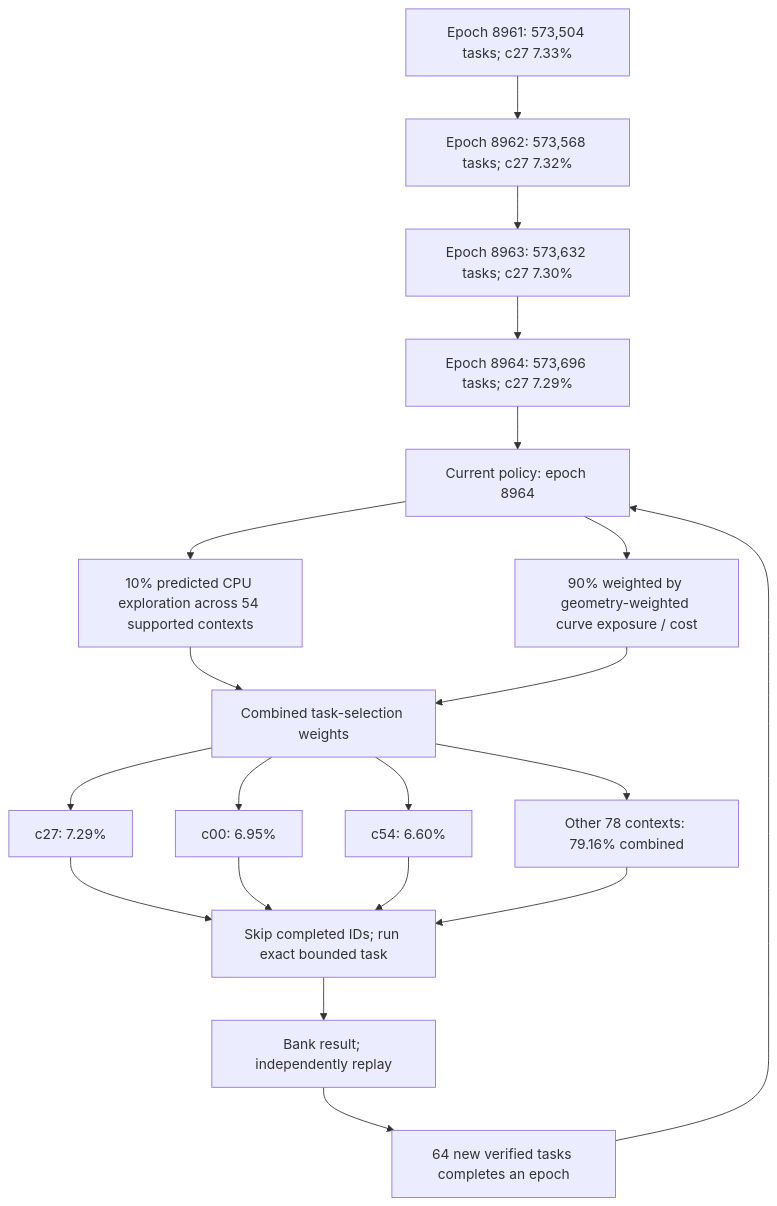
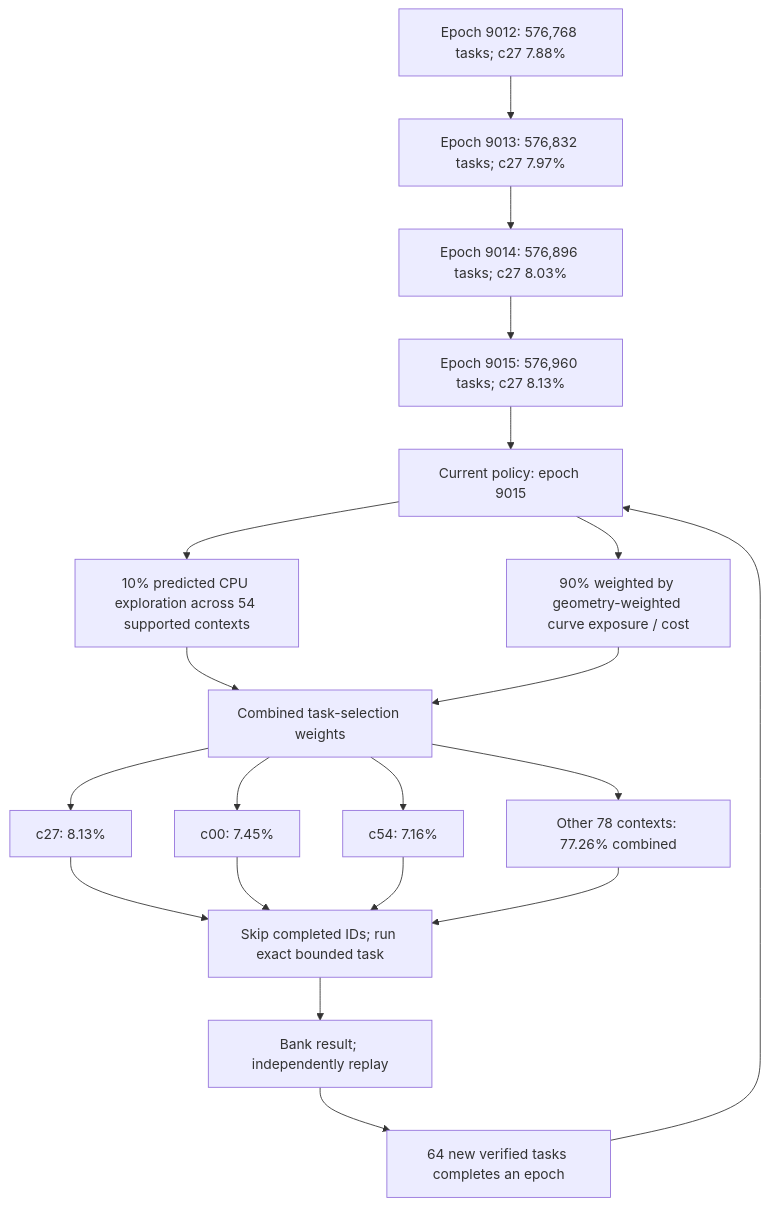
One commit to Kuberwastaken/math-gambling changed the first of 4 diagrams in README.md. Above: the diagram before and after it, drawn with Mermaid. The commit also changed other lines of this file and 16906 other files, not shown here.

````diff
--- a/README.md
+++ b/README.md
@@ -60,27 +60,27 @@
 ```mermaid
 flowchart TD
-    H0["Epoch 8961: 573,504 tasks; c27 7.33%"]
-    H1["Epoch 8962: 573,568 tasks; c27 7.32%"]
+    H0["Epoch 9012: 576,768 tasks; c27 7.88%"]
+    H1["Epoch 9013: 576,832 tasks; c27 7.97%"]
     H0 --> H1
-    H2["Epoch 8963: 573,632 tasks; c27 7.30%"]
+    H2["Epoch 9014: 576,896 tasks; c27 8.03%"]
     H1 --> H2
-    H3["Epoch 8964: 573,696 tasks; c27 7.29%"]
+    H3["Epoch 9015: 576,960 tasks; c27 8.13%"]
     H2 --> H3
-    Policy["Current policy: epoch 8964"]
+    Policy["Current policy: epoch 9015"]
     H3 --> Policy
     Policy --> Explore["10% predicted CPU exploration across 54 supported contexts"]
     Policy --> Cost["90% weighted by geometry-weighted curve exposure / cost"]
     Explore --> Mix["Combined task-selection weights"]
     Cost --> Mix
-    Mix --> C0["c27: 7.29%"]
-    Mix --> C1["c00: 6.95%"]
-    Mix --> C2["c54: 6.60%"]
-    Mix --> Rest["Other 78 contexts: 79.16% combined"]
+    Mix --> C0["c27: 8.13%"]
+    Mix --> C1["c00: 7.45%"]
+    Mix --> C2["c54: 7.16%"]
+    Mix --> Rest["Other 78 contexts: 77.26% combined"]
     C0 --> Check["Skip completed IDs; run exact bounded task"]
     C1 --> Check
     C2 --> Check
     Rest --> Check
     Check --> Replay["Bank result; independently replay"]
     Replay --> Gate["64 new verified tasks completes an epoch"]
     Gate --> Policy
 ```
````
